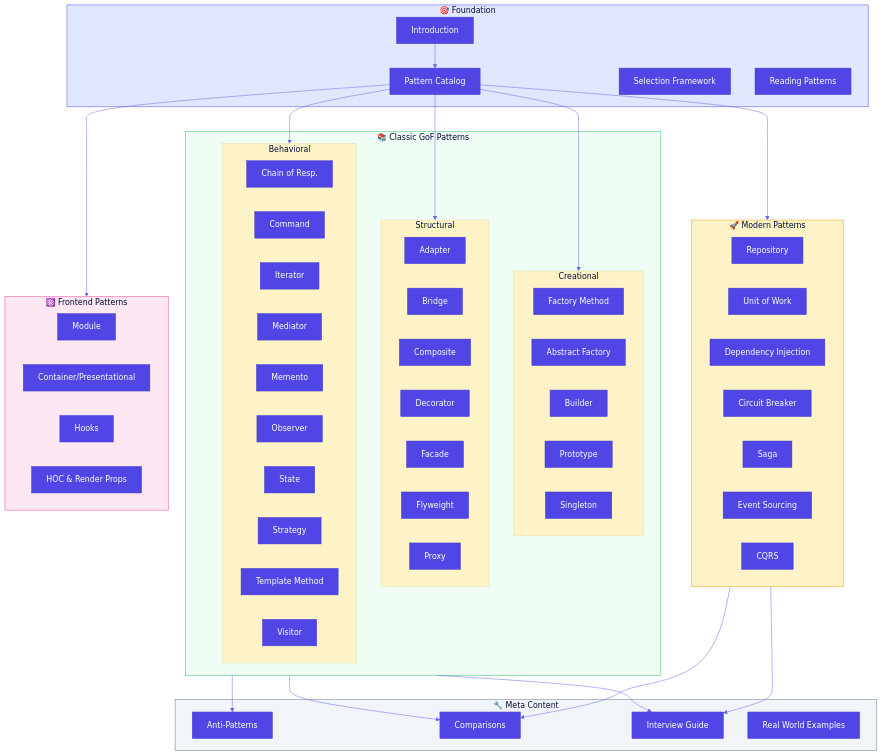
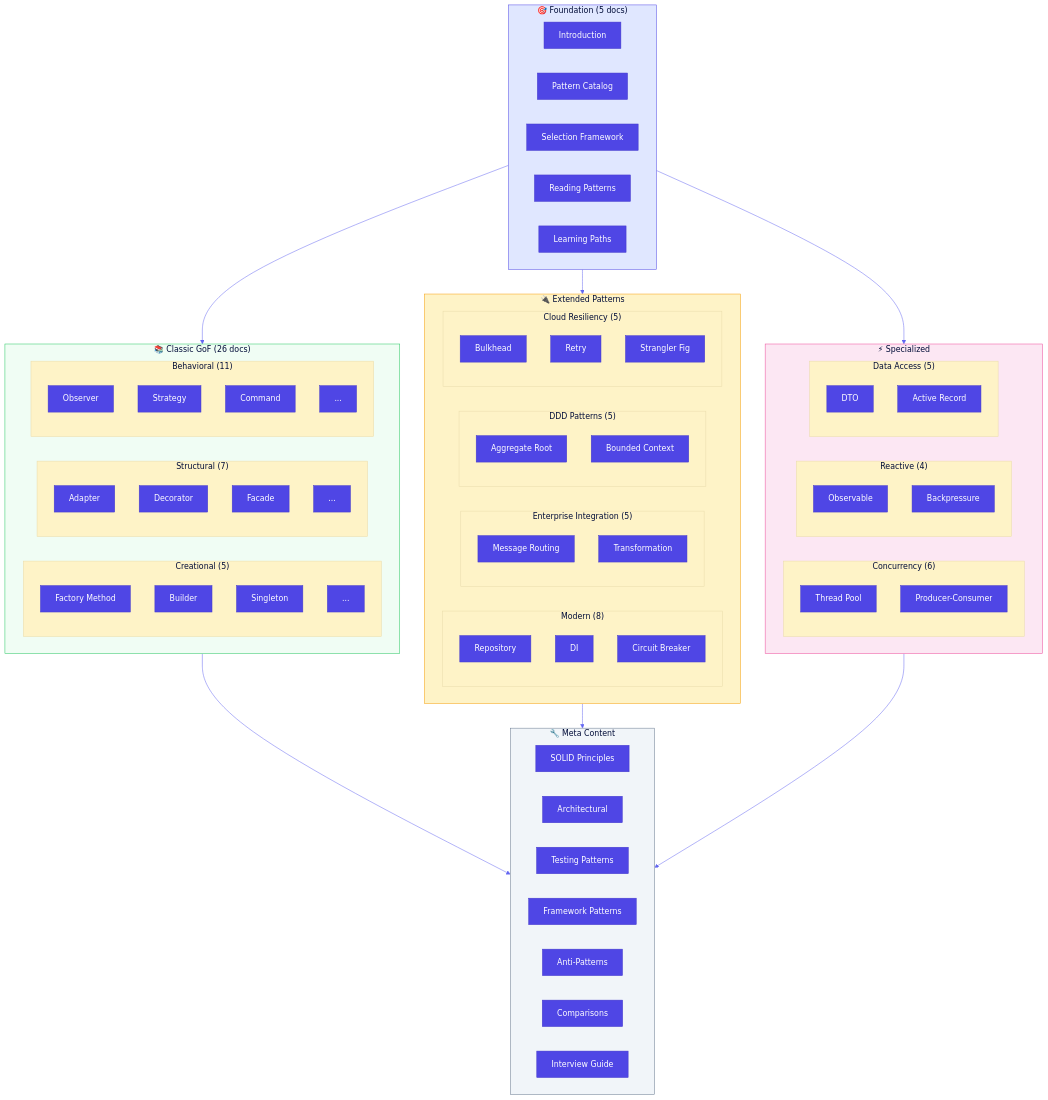
One commit to shivam-g-mishra/blog changed the first of 26 diagrams in temp/design-patterns/plan.md. Above: the diagram before and after it, drawn with Mermaid. The commit also changed other lines of this file and 31 other files, not shown here.

First line of the commit message:
docs(design-patterns): add all behavioral patterns

````diff
--- a/temp/design-patterns/plan.md
+++ b/temp/design-patterns/plan.md
@@ -11,84 +11,98 @@
 ```mermaid
 %%{init: {'theme': 'base', 'themeVariables': { 'primaryColor': '#4f46e5', 'primaryTextColor': '#fff', 'primaryBorderColor': '#4338ca', 'lineColor': '#6366f1', 'secondaryColor': '#f0fdf4', 'tertiaryColor': '#fef3c7'}}}%%
 flowchart TB
-    subgraph Foundation["🎯 Foundation"]
+    subgraph Foundation["🎯 Foundation (5 docs)"]
         INTRO[Introduction]
         CATALOG[Pattern Catalog]
         CHOOSING[Selection Framework]
         READING[Reading Patterns]
+        PATHS[Learning Paths]
     end
 
-    subgraph Classic["📚 Classic GoF Patterns"]
-        subgraph Creational["Creational"]
-            FACTORY[Factory Method]
-            ABSTRACT[Abstract Factory]
-            BUILDER[Builder]
-            PROTOTYPE[Prototype]
-            SINGLETON[Singleton]
+    subgraph Classic["📚 Classic GoF (26 docs)"]
+        subgraph Creational["Creational (5)"]
+            C1[Factory Method]
+            C2[Builder]
+            C3[Singleton]
+            C4[...]
         end
         
-        subgraph Structural["Structural"]
-            ADAPTER[Adapter]
-            BRIDGE[Bridge]
-            COMPOSITE[Composite]
-            DECORATOR[Decorator]
-            FACADE[Facade]
-            FLYWEIGHT[Flyweight]
-            PROXY[Proxy]
+        subgraph Structural["Structural (7)"]
+            S1[Adapter]
+            S2[Decorator]
+            S3[Facade]
+            S4[...]
         end
         
-        subgraph Behavioral["Behavioral"]
-            CHAIN[Chain of Resp.]
-            COMMAND[Command]
-            ITERATOR[Iterator]
-            MEDIATOR[Mediator]
-            MEMENTO[Memento]
-            OBSERVER[Observer]
-            STATE[State]
-            STRATEGY[Strategy]
-            TEMPLATE[Template Method]
-            VISITOR[Visitor]
+        subgraph Behavioral["Behavioral (11)"]
+            B1[Observer]
+            B2[Strategy]
+            B3[Command]
+            B4[...]
         end
     end
 
-    subgraph Modern["🚀 Modern Patterns"]
-        REPO[Repository]
-        UOW[Unit of Work]
-        DI[Dependency Injection]
-        CIRCUIT[Circuit Breaker]
-        SAGA[Saga]
-        EVENTSRC[Event Sourcing]
-        CQRS[CQRS]
+    subgraph Extended["🔌 Extended Patterns"]
+        subgraph Modern["Modern (8)"]
+            M1[Repository]
+            M2[DI]
+            M3[Circuit Breaker]
+        end
+        
+        subgraph EIP["Enterprise Integration (5)"]
+            E1[Message Routing]
+            E2[Transformation]
+        end
+        
+        subgraph DDD["DDD Patterns (5)"]
+            D1[Aggregate Root]
+            D2[Bounded Context]
+        end
+        
+        subgraph Cloud["Cloud Resiliency (5)"]
+            CL1[Bulkhead]
+            CL2[Retry]
+            CL3[Strangler Fig]
+        end
     end
 
-    subgraph Frontend["⚛️ Frontend Patterns"]
-        MODULE[Module]
-        CONTAINER[Container/Presentational]
-        HOOKS[Hooks]
-        HOC[HOC & Render Props]
+    subgraph Specialized["⚡ Specialized"]
+        subgraph Concurrency["Concurrency (6)"]
+            CO1[Thread Pool]
+            CO2[Producer-Consumer]
+        end
+        
+        subgraph Reactive["Reactive (4)"]
+            R1[Observable]
+            R2[Backpressure]
+        end
+        
+        subgraph Data["Data Access (5)"]
+            DA1[DTO]
+            DA2[Active Record]
+        end
     end
 
     subgraph Meta["🔧 Meta Content"]
+        SOLID[SOLID Principles]
+        ARCH[Architectural]
+        TEST[Testing Patterns]
+        FRAME[Framework Patterns]
         ANTI[Anti-Patterns]
         COMPARE[Comparisons]
         INTERVIEW[Interview Guide]
-        REALWORLD[Real World Examples]
     end
 
-    INTRO --> CATALOG
-    CATALOG --> Creational & Structural & Behavioral
-    CATALOG --> Modern
-    CATALOG --> Frontend
-    
-    Classic --> COMPARE
-    Modern --> COMPARE
-    Classic --> ANTI
-    Classic --> INTERVIEW
-    Modern --> INTERVIEW
+    Foundation --> Classic
+    Foundation --> Extended
+    Foundation --> Specialized
+    Classic --> Meta
+    Extended --> Meta
+    Specialized --> Meta
     
     style Foundation fill:#e0e7ff,stroke:#4f46e5
     style Classic fill:#f0fdf4,stroke:#22c55e
-    style Modern fill:#fef3c7,stroke:#f59e0b
-    style Frontend fill:#fce7f3,stroke:#ec4899
+    style Extended fill:#fef3c7,stroke:#f59e0b
+    style Specialized fill:#fce7f3,stroke:#ec4899
     style Meta fill:#f1f5f9,stroke:#64748b
 ```
````
